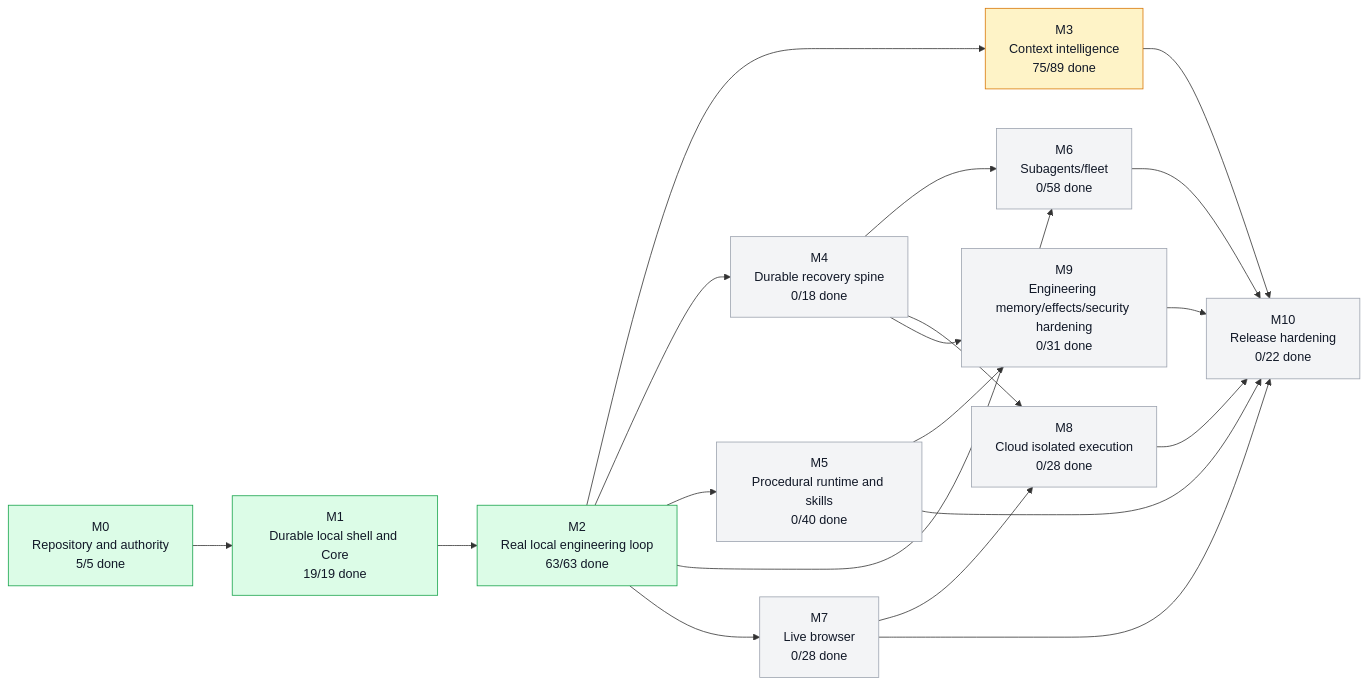
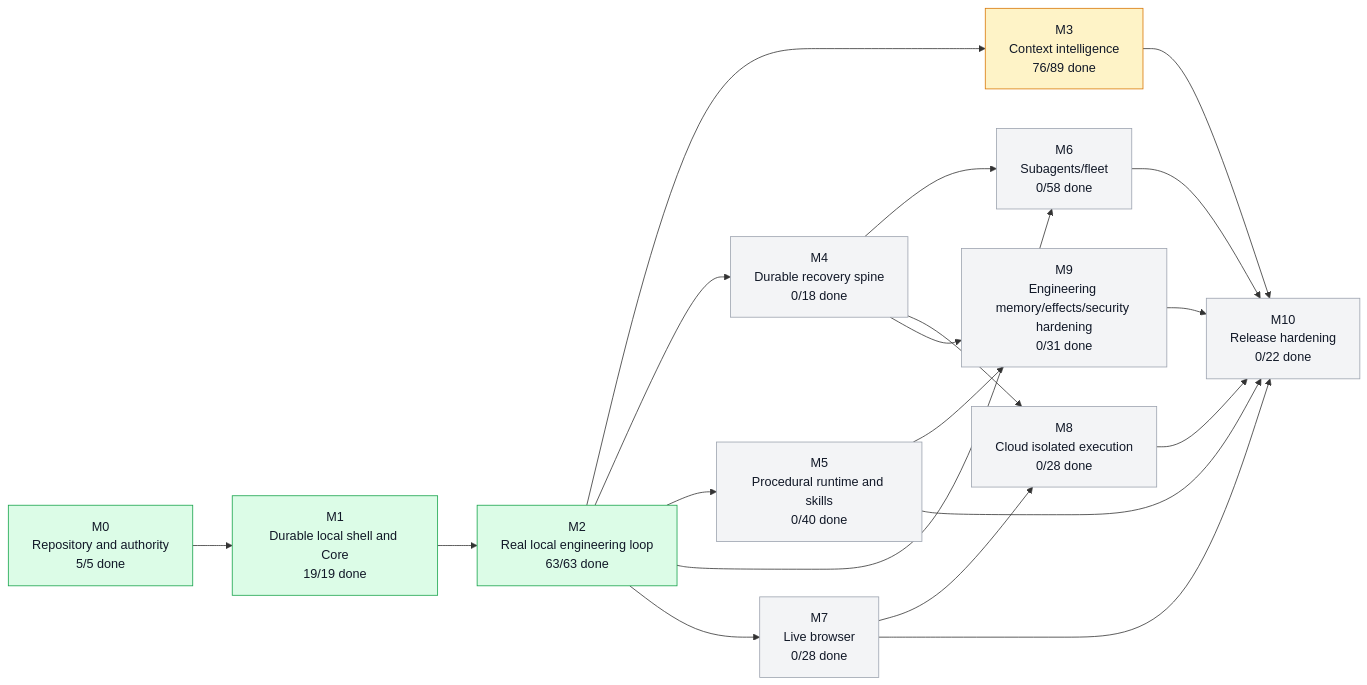
The first of 5 diagrams in graph/PROJECT_GRAPH.md (moss101/modbit), drawn with Mermaid before and after one commit. The commit also changed other lines of this file and 6 other files, not shown here.

````diff
--- a/graph/PROJECT_GRAPH.md
+++ b/graph/PROJECT_GRAPH.md
@@ -57,43 +57,43 @@
 ```mermaid
 flowchart LR
   M0["M0<br/>Repository and authority<br/>5/5 done"]
   M1["M1<br/>Durable local shell and Core<br/>19/19 done"]
   M2["M2<br/>Real local engineering loop<br/>63/63 done"]
-  M3["M3<br/>Context intelligence<br/>75/89 done"]
+  M3["M3<br/>Context intelligence<br/>76/89 done"]
   M4["M4<br/>Durable recovery spine<br/>0/18 done"]
   M5["M5<br/>Procedural runtime and skills<br/>0/40 done"]
   M6["M6<br/>Subagents/fleet<br/>0/58 done"]
   M7["M7<br/>Live browser<br/>0/28 done"]
   M8["M8<br/>Cloud isolated execution<br/>0/28 done"]
   M9["M9<br/>Engineering memory/effects/security hardening<br/>0/31 done"]
   M10["M10<br/>Release hardening<br/>0/22 done"]
   M0 --> M1
   M1 --> M2
   M2 --> M3
   M2 --> M4
   M2 --> M5
   M2 --> M6
   M4 --> M6
   M2 --> M7
   M4 --> M8
   M7 --> M8
   M4 --> M9
   M5 --> M9
   M3 --> M10
   M5 --> M10
   M6 --> M10
   M7 --> M10
   M8 --> M10
   M9 --> M10
   style M0 fill:#dcfce7,stroke:#16a34a,color:#111827
   style M1 fill:#dcfce7,stroke:#16a34a,color:#111827
   style M2 fill:#dcfce7,stroke:#16a34a,color:#111827
   style M3 fill:#fef3c7,stroke:#d97706,color:#111827
   style M4 fill:#f3f4f6,stroke:#9ca3af,color:#111827
   style M5 fill:#f3f4f6,stroke:#9ca3af,color:#111827
   style M6 fill:#f3f4f6,stroke:#9ca3af,color:#111827
   style M7 fill:#f3f4f6,stroke:#9ca3af,color:#111827
   style M8 fill:#f3f4f6,stroke:#9ca3af,color:#111827
   style M9 fill:#f3f4f6,stroke:#9ca3af,color:#111827
   style M10 fill:#f3f4f6,stroke:#9ca3af,color:#111827
 ```
````
